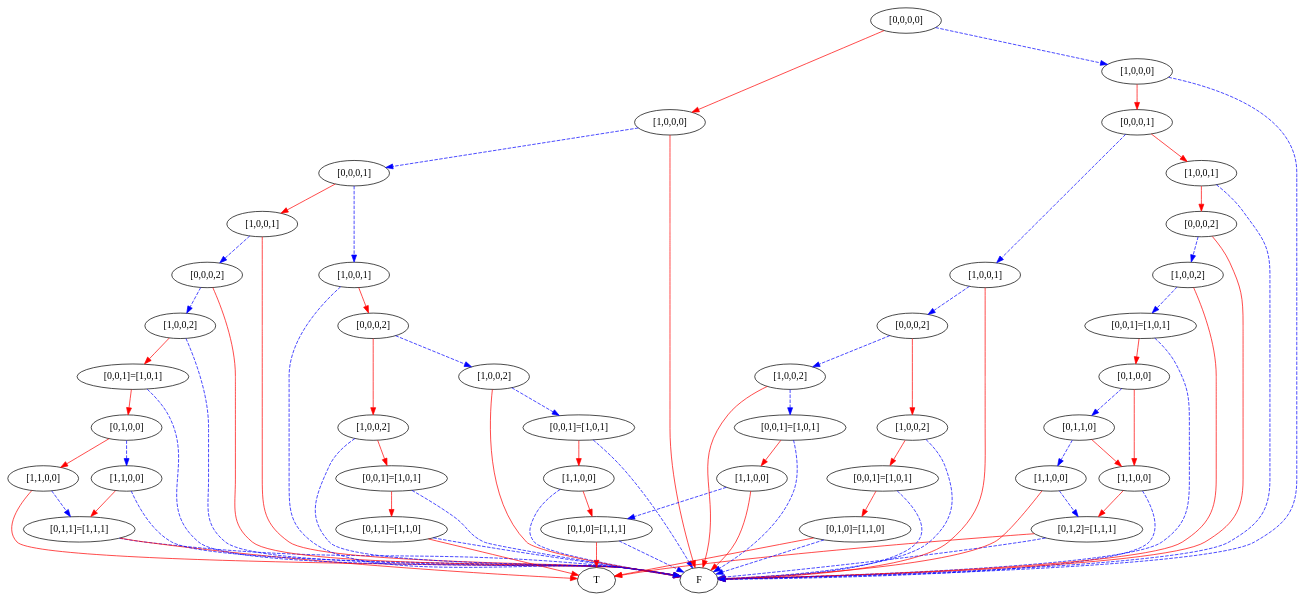
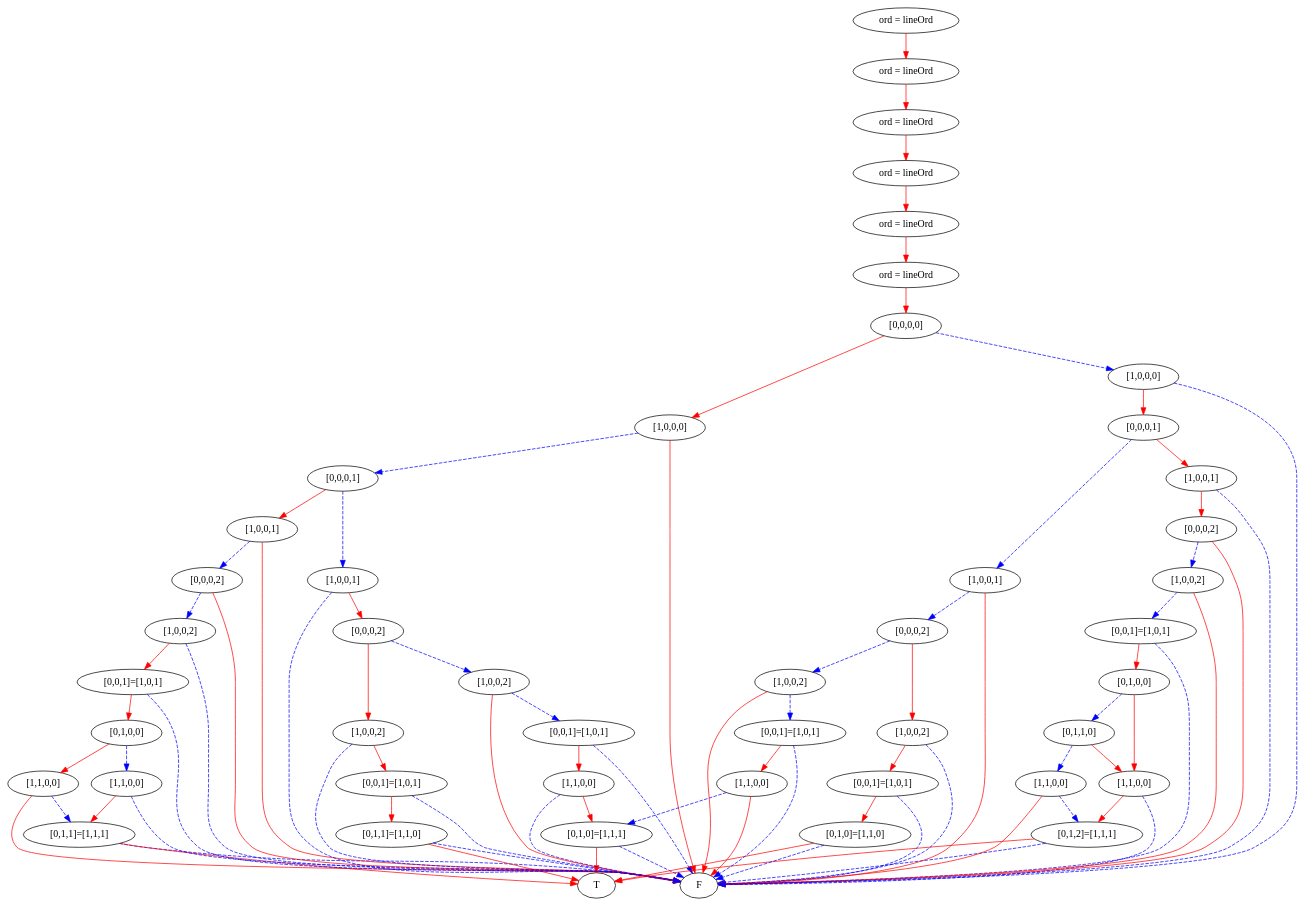
Before and after one commit to mburyakov/minxmod: the diagram in simpleProgram1.dot, drawn with Graphviz. The commit also changed 8 other files, not shown here.

```diff
--- a/simpleProgram1.dot
+++ b/simpleProgram1.dot
@@ -1,160 +1,172 @@
 digraph {
     1 [label=F];
     2 [label=T];
     3 [label="[0,1,1]=[1,1,1]"];
     4 [label="[1,1,0,0]"];
     5 [label="[1,1,0,0]"];
     6 [label="[0,1,0,0]"];
     7 [label="[0,0,1]=[1,0,1]"];
     8 [label="[1,0,0,2]"];
     9 [label="[0,0,0,2]"];
     10 [label="[1,0,0,1]"];
     11 [label="[0,1,1]=[1,1,0]"];
     12 [label="[0,0,1]=[1,0,1]"];
     13 [label="[1,0,0,2]"];
     14 [label="[0,1,0]=[1,1,1]"];
     15 [label="[1,1,0,0]"];
     16 [label="[0,0,1]=[1,0,1]"];
     17 [label="[1,0,0,2]"];
     18 [label="[0,0,0,2]"];
     19 [label="[1,0,0,1]"];
     20 [label="[0,0,0,1]"];
     21 [label="[1,0,0,0]"];
     22 [label="[0,1,2]=[1,1,1]"];
     23 [label="[1,1,0,0]"];
     24 [label="[1,1,0,0]"];
     25 [label="[0,1,1,0]"];
     26 [label="[0,1,0,0]"];
     27 [label="[0,0,1]=[1,0,1]"];
     28 [label="[1,0,0,2]"];
     29 [label="[0,0,0,2]"];
     30 [label="[1,0,0,1]"];
     31 [label="[0,1,0]=[1,1,0]"];
     32 [label="[0,0,1]=[1,0,1]"];
     33 [label="[1,0,0,2]"];
     34 [label="[1,1,0,0]"];
     35 [label="[0,0,1]=[1,0,1]"];
     36 [label="[1,0,0,2]"];
     37 [label="[0,0,0,2]"];
     38 [label="[1,0,0,1]"];
     39 [label="[0,0,0,1]"];
     40 [label="[1,0,0,0]"];
     41 [label="[0,0,0,0]"];
+    42 [label="ord = lineOrd"];
+    43 [label="ord = lineOrd"];
+    44 [label="ord = lineOrd"];
+    45 [label="ord = lineOrd"];
+    46 [label="ord = lineOrd"];
+    47 [label="ord = lineOrd"];
     3 -> 1 [style=dashed
            ,color=blue];
     3 -> 2 [color=red];
     4 -> 3 [style=dashed
            ,color=blue];
     4 -> 1 [color=red];
     5 -> 3 [color=red];
     5 -> 1 [style=dashed
            ,color=blue];
     6 -> 4 [color=red];
     6 -> 5 [style=dashed
            ,color=blue];
     7 -> 6 [color=red];
     7 -> 1 [style=dashed
            ,color=blue];
     8 -> 7 [color=red];
     8 -> 1 [style=dashed
            ,color=blue];
     9 -> 8 [style=dashed
            ,color=blue];
     9 -> 1 [color=red];
     10 -> 9 [style=dashed
             ,color=blue];
     10 -> 1 [color=red];
     11 -> 1 [style=dashed
             ,color=blue];
     11 -> 2 [color=red];
     12 -> 11 [color=red];
     12 -> 1 [style=dashed
             ,color=blue];
     13 -> 12 [color=red];
     13 -> 1 [style=dashed
             ,color=blue];
     14 -> 1 [style=dashed
             ,color=blue];
     14 -> 2 [color=red];
     15 -> 14 [color=red];
     15 -> 1 [style=dashed
             ,color=blue];
     16 -> 15 [color=red];
     16 -> 1 [style=dashed
             ,color=blue];
     17 -> 16 [style=dashed
              ,color=blue];
     17 -> 1 [color=red];
     18 -> 13 [color=red];
     18 -> 17 [style=dashed
              ,color=blue];
     19 -> 18 [color=red];
     19 -> 1 [style=dashed
             ,color=blue];
     20 -> 10 [color=red];
     20 -> 19 [style=dashed
              ,color=blue];
     21 -> 20 [style=dashed
              ,color=blue];
     21 -> 1 [color=red];
     22 -> 1 [style=dashed
             ,color=blue];
     22 -> 2 [color=red];
     23 -> 22 [color=red];
     23 -> 1 [style=dashed
             ,color=blue];
     24 -> 22 [style=dashed
              ,color=blue];
     24 -> 1 [color=red];
     25 -> 23 [color=red];
     25 -> 24 [style=dashed
              ,color=blue];
     26 -> 23 [color=red];
     26 -> 25 [style=dashed
              ,color=blue];
     27 -> 26 [color=red];
     27 -> 1 [style=dashed
             ,color=blue];
     28 -> 27 [style=dashed
              ,color=blue];
     28 -> 1 [color=red];
     29 -> 28 [style=dashed
              ,color=blue];
     29 -> 1 [color=red];
     30 -> 29 [color=red];
     30 -> 1 [style=dashed
             ,color=blue];
     31 -> 1 [style=dashed
             ,color=blue];
     31 -> 2 [color=red];
     32 -> 31 [color=red];
     32 -> 1 [style=dashed
             ,color=blue];
     33 -> 32 [color=red];
     33 -> 1 [style=dashed
             ,color=blue];
     34 -> 14 [style=dashed
              ,color=blue];
     34 -> 1 [color=red];
     35 -> 34 [color=red];
     35 -> 1 [style=dashed
             ,color=blue];
     36 -> 35 [style=dashed
              ,color=blue];
     36 -> 1 [color=red];
     37 -> 33 [color=red];
     37 -> 36 [style=dashed
              ,color=blue];
     38 -> 37 [style=dashed
              ,color=blue];
     38 -> 1 [color=red];
     39 -> 30 [color=red];
     39 -> 38 [style=dashed
              ,color=blue];
     40 -> 39 [color=red];
     40 -> 1 [style=dashed
             ,color=blue];
     41 -> 21 [color=red];
     41 -> 40 [style=dashed
              ,color=blue];
+    42 -> 41 [color=red];
+    43 -> 42 [color=red];
+    44 -> 43 [color=red];
+    45 -> 44 [color=red];
+    46 -> 45 [color=red];
+    47 -> 46 [color=red];
 }
```
